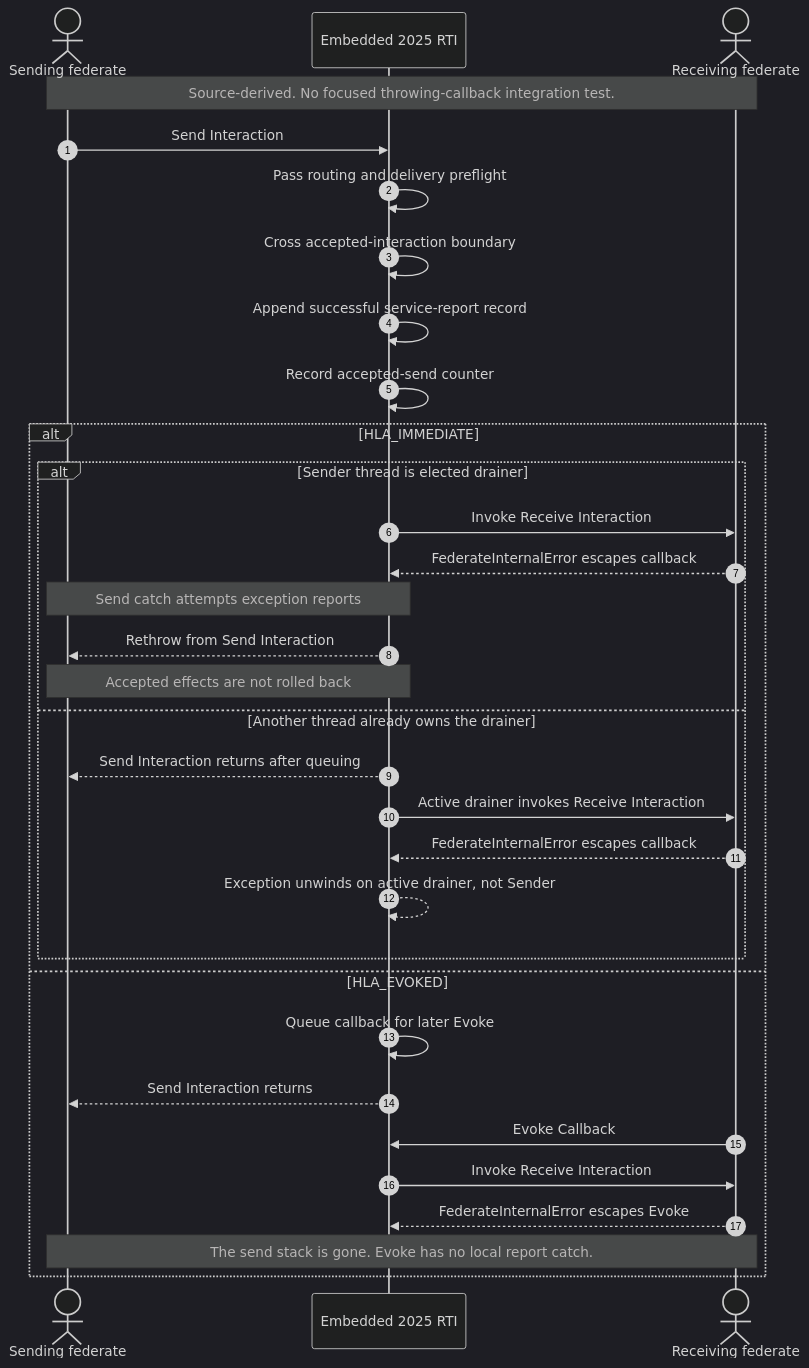
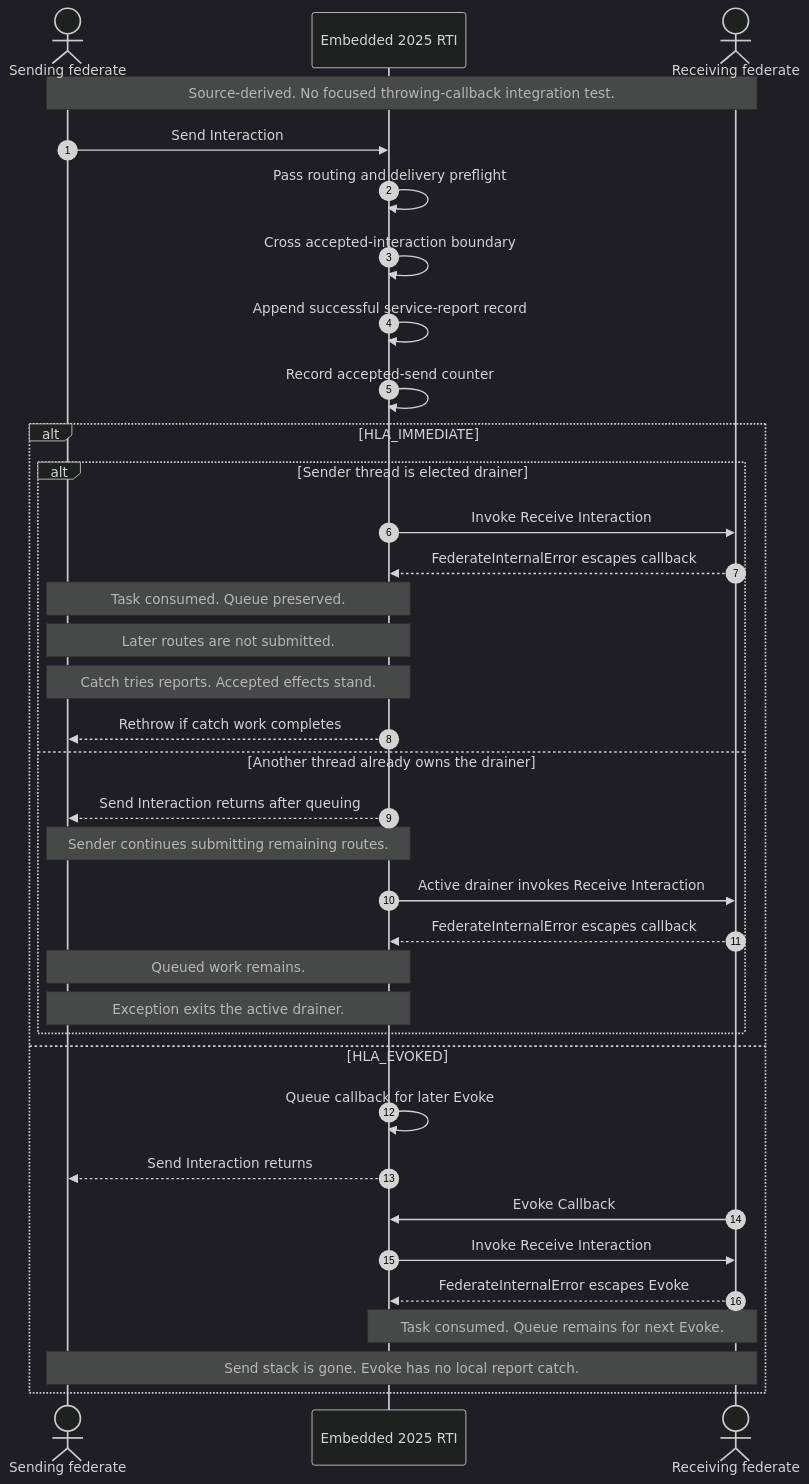
Diagram 18 of 24 in docs/design/HLA-2025-CALLBACK-AND-SERVICE-ORDERING-FLOW-GUIDE.md (sheepfling/umbra), drawn with Mermaid (dark theme) before and after one commit. The commit also changed other lines of this file and 39 other files, not shown here.

Commit message:
Document IEEE 1516.1-2025 behavior flows

````diff
--- a/docs/design/HLA-2025-CALLBACK-AND-SERVICE-ORDERING-FLOW-GUIDE.md
+++ b/docs/design/HLA-2025-CALLBACK-AND-SERVICE-ORDERING-FLOW-GUIDE.md
@@ -765,37 +1163,41 @@
 ```mermaid
 sequenceDiagram
   autonumber
   actor Sender as Sending federate
   participant RTI as Embedded 2025 RTI
   actor Receiver as Receiving federate
 
   Note over Sender,Receiver: Source-derived. No focused throwing-callback integration test.
   Sender->>RTI: Send Interaction
   RTI->>RTI: Pass routing and delivery preflight
   RTI->>RTI: Cross accepted-interaction boundary
   RTI->>RTI: Append successful service-report record
   RTI->>RTI: Record accepted-send counter
 
   alt HLA_IMMEDIATE
     alt Sender thread is elected drainer
       RTI->>Receiver: Invoke Receive Interaction
       Receiver-->>RTI: FederateInternalError escapes callback
-      Note over Sender,RTI: Send catch attempts exception reports
-      RTI-->>Sender: Rethrow from Send Interaction
-      Note over Sender,RTI: Accepted effects are not rolled back
+      Note over Sender,RTI: Task consumed. Queue preserved.
+      Note over Sender,RTI: Later routes are not submitted.
+      Note over Sender,RTI: Catch tries reports. Accepted effects stand.
+      RTI-->>Sender: Rethrow if catch work completes
     else Another thread already owns the drainer
       RTI-->>Sender: Send Interaction returns after queuing
+      Note over Sender,RTI: Sender continues submitting remaining routes.
       RTI->>Receiver: Active drainer invokes Receive Interaction
       Receiver-->>RTI: FederateInternalError escapes callback
-      RTI-->>RTI: Exception unwinds on active drainer, not Sender
+      Note over Sender,RTI: Queued work remains.
+      Note over Sender,RTI: Exception exits the active drainer.
     end
   else HLA_EVOKED
     RTI->>RTI: Queue callback for later Evoke
     RTI-->>Sender: Send Interaction returns
     Receiver->>RTI: Evoke Callback
     RTI->>Receiver: Invoke Receive Interaction
     Receiver-->>RTI: FederateInternalError escapes Evoke
-    Note over Sender,Receiver: The send stack is gone. Evoke has no local report catch.
+    Note over RTI,Receiver: Task consumed. Queue remains for next Evoke.
+    Note over Sender,Receiver: Send stack is gone. Evoke has no local report catch.
   end
 
 ```
````
